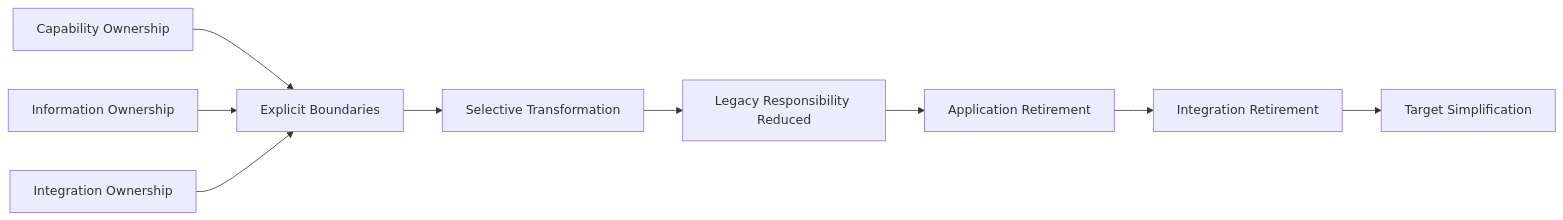
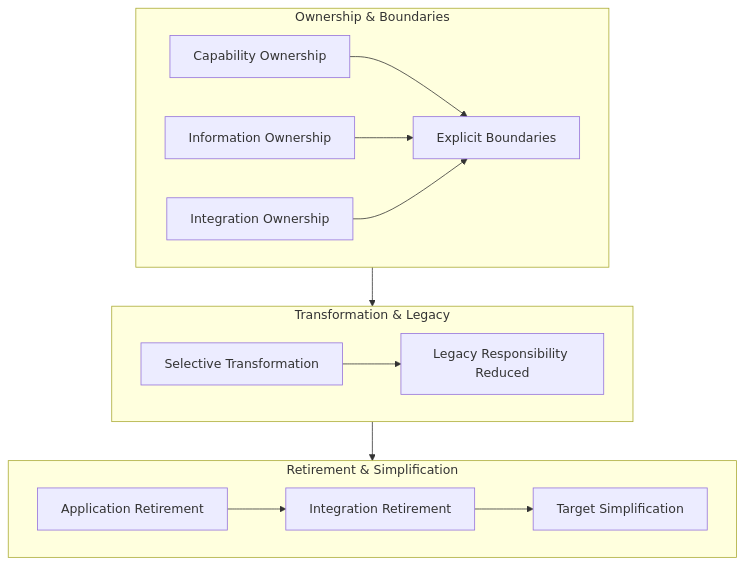
Diagram 18 of 22 in docs/sop/methods/architecture-assessment-roadmap-report.v2.md (avfranco-br/portfolio), drawn with Mermaid before and after one commit. The commit also changed other lines of this file and 10 other files, not shown here.

Commit message:
Refactor Mermaid diagrams across SOP and methods documentation for legibility

````diff
--- a/docs/sop/methods/architecture-assessment-roadmap-report.v2.md
+++ b/docs/sop/methods/architecture-assessment-roadmap-report.v2.md
@@ -1305,20 +1315,23 @@
 ```mermaid
-flowchart LR
-    Capability["Capability Ownership"]
-    Information["Information Ownership"]
-    Integration["Integration Ownership"]
-    Boundaries["Explicit Boundaries"]
-    Transformation["Selective Transformation"]
-    Legacy["Legacy Responsibility Reduced"]
-    Application["Application Retirement"]
-    IntegrationRetirement["Integration Retirement"]
-    Simplification["Target Simplification"]
-    Capability --> Boundaries
-    Information --> Boundaries
-    Integration --> Boundaries
+flowchart TD
+    subgraph Tier1["Ownership & Boundaries"]
+        direction LR
+        Capability["Capability Ownership"] --> Boundaries["Explicit Boundaries"]
+        Information["Information Ownership"] --> Boundaries
+        Integration["Integration Ownership"] --> Boundaries
+    end
+
+    subgraph Tier2["Transformation & Legacy"]
+        direction LR
+        Transformation["Selective Transformation"] --> Legacy["Legacy Responsibility Reduced"]
+    end
+
+    subgraph Tier3["Retirement & Simplification"]
+        direction LR
+        Application["Application Retirement"] --> IntegrationRetirement["Integration Retirement"]
+        IntegrationRetirement --> Simplification["Target Simplification"]
+    end
+
     Boundaries --> Transformation
-    Transformation --> Legacy
     Legacy --> Application
-    Application --> IntegrationRetirement
-    IntegrationRetirement --> Simplification
 ```
````
